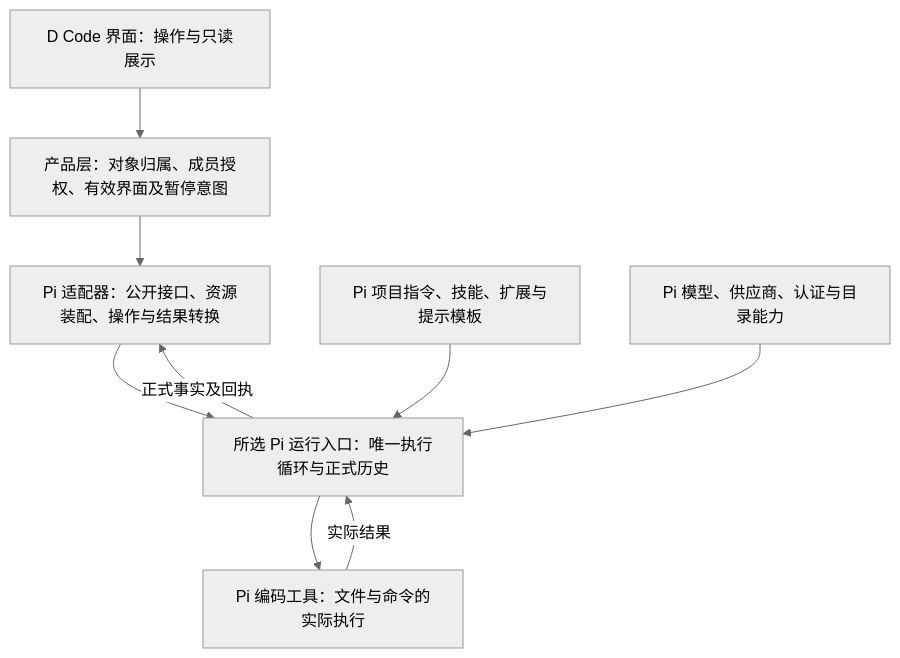
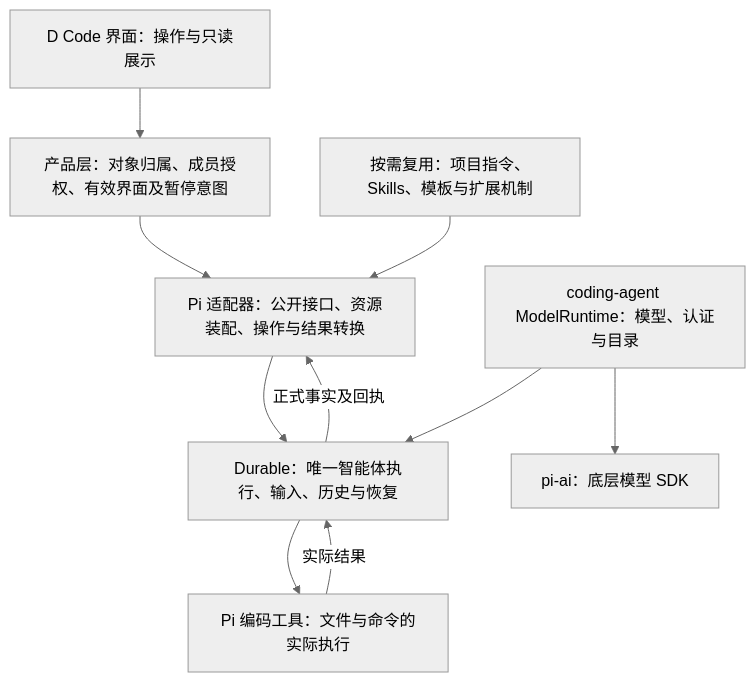
Before and after one commit to ssdiwu/dcode: the first of 33 diagrams in doc/架构约定.md, drawn with Mermaid (neutral theme). The commit also changed other lines of this file and 8 other files, not shown here.

````diff
--- a/doc/架构约定.md
+++ b/doc/架构约定.md
@@ -15,11 +15,12 @@
 ```mermaid
 flowchart TD
     UI["D Code 界面：操作与只读展示"] --> Product["产品层：对象归属、成员授权、有效界面及暂停意图"]
     Product --> Adapter["Pi 适配器：公开接口、资源装配、操作与结果转换"]
-    Adapter --> Runtime["所选 Pi 运行入口：唯一执行循环与正式历史"]
-    Resources["Pi 项目指令、技能、扩展与提示模板"] --> Runtime
-    Models["Pi 模型、供应商、认证与目录能力"] --> Runtime
+    Adapter --> Runtime["Durable：唯一智能体执行、输入、历史与恢复"]
+    Resources["按需复用：项目指令、Skills、模板与扩展机制"] --> Adapter
+    Models["coding-agent ModelRuntime：模型、认证与目录"] --> Runtime
+    Models --> AI["pi-ai：底层模型 SDK"]
     Runtime --> Tools["Pi 编码工具：文件与命令的实际执行"]
     Tools -->|实际结果| Runtime
     Runtime -->|正式事实及回执| Adapter
 ```
````
